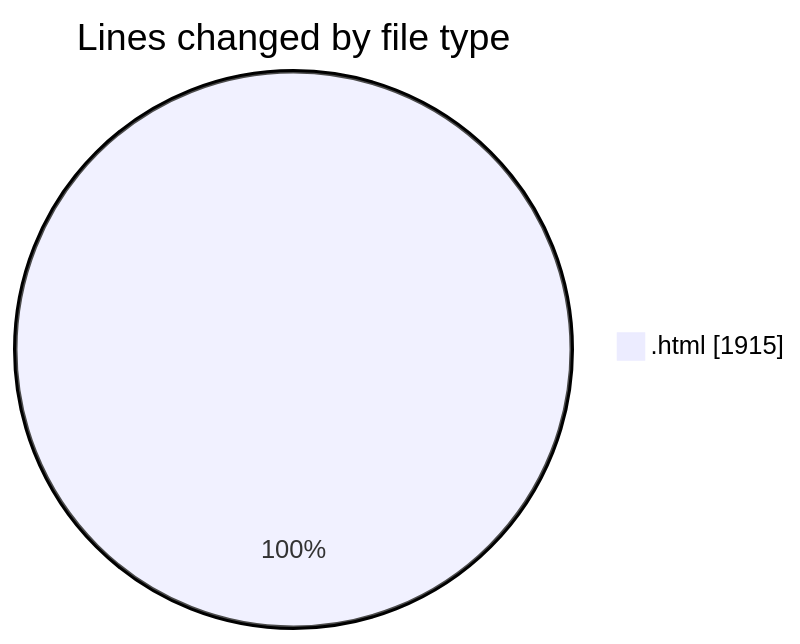
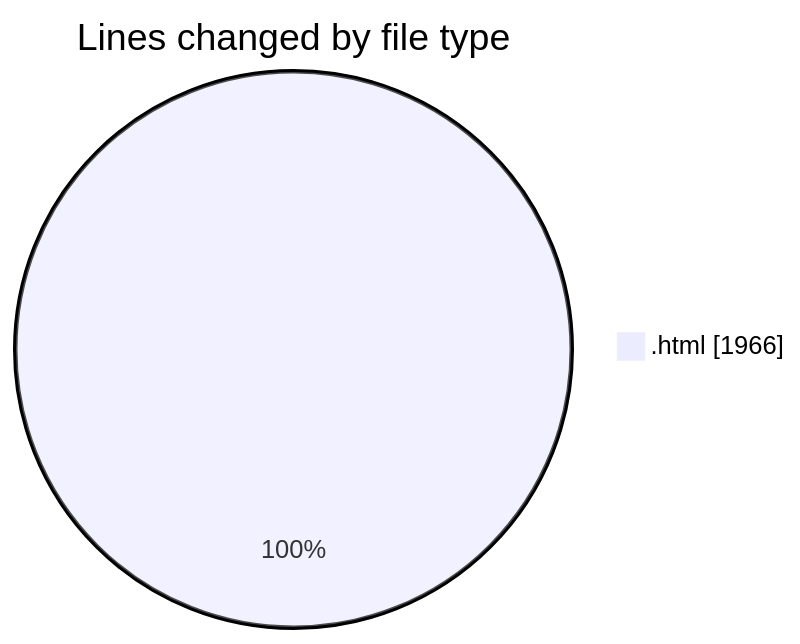
Before and after one commit to Ritupan-Deka/code-tracking: the first of 2 diagrams in 2025-01-28/0starter_files/README.md, drawn with Mermaid. The commit also changed other lines of this file and 1 other file, not shown here.

````diff
--- a/2025-01-28/0starter_files/README.md
+++ b/2025-01-28/0starter_files/README.md
@@ -20,5 +20,5 @@
 ```mermaid
 pie showData
 title Lines changed by file type
-".html" : 1915
+".html" : 1966
 ```
````
